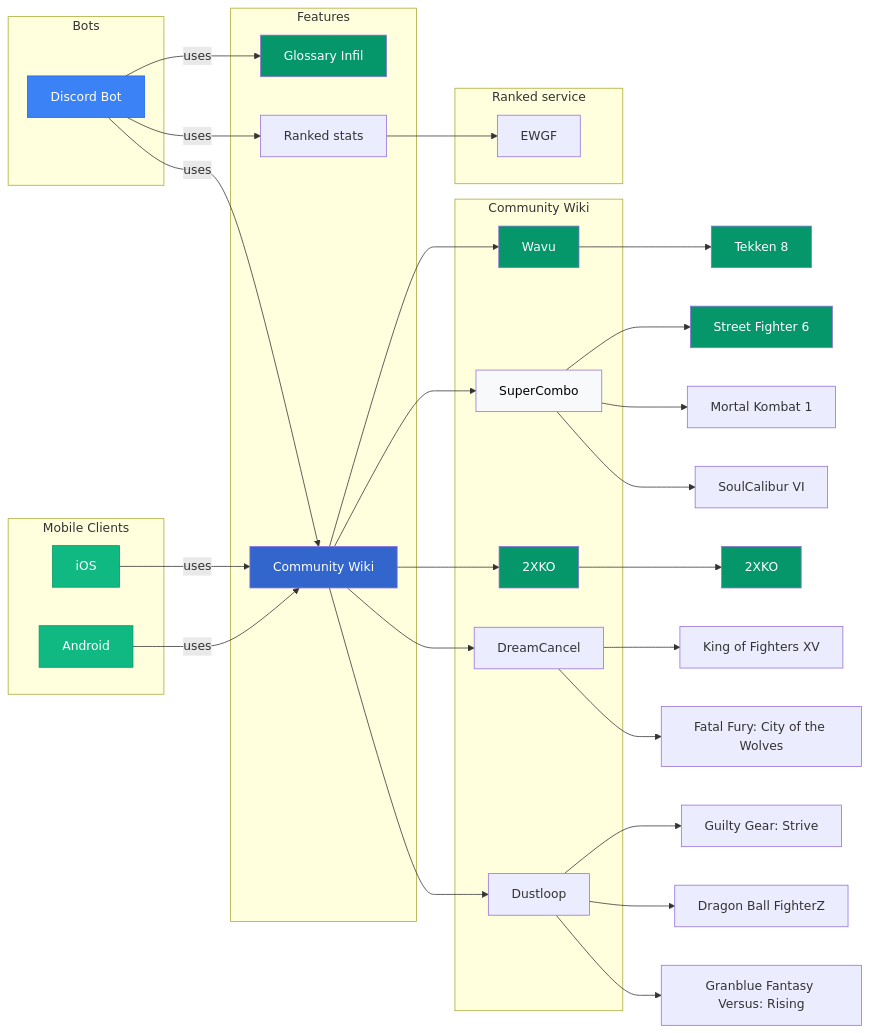
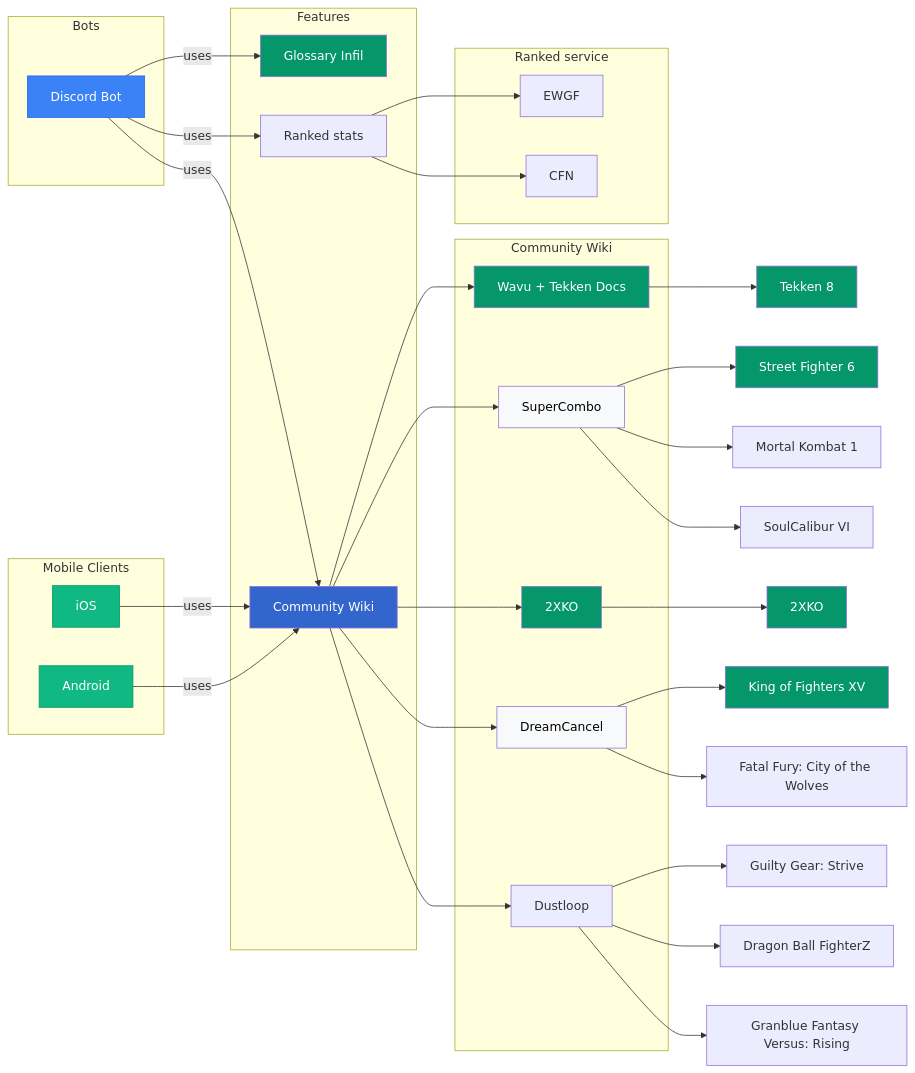
Before and after one commit to Sophon/FightingNerd: the diagram in mermaid/modules.mmd, drawn with Mermaid. The commit also changed 144 other files, not shown here.

```diff
--- a/mermaid/modules.mmd
+++ b/mermaid/modules.mmd
@@ -1,66 +1,70 @@
 graph LR
     subgraph Bots
         discordBot[Discord Bot]
     end
 
     subgraph "Mobile Clients"
         android[Android]
         iOS[iOS]
     end
 
     subgraph Features
         glossaryInfil[Glossary Infil]
         communityWiki[Community Wiki]
         elo[Ranked stats]
     end
 
     subgraph Community Wiki
-        wikiWavu[Wavu]
+        wikiWavu[Wavu + Tekken Docs]
         supercombo[SuperCombo]
         2xko[2XKO]
         dustloop[Dustloop]
         dreamcancel[DreamCancel]
     end
 
     subgraph Ranked service
         ewgf[EWGF]
+        cfn[CFN]
     end
 
     android -->|uses| communityWiki
     iOS -->|uses| communityWiki
 
     discordBot -->|uses| glossaryInfil
     discordBot -->|uses| communityWiki
     discordBot -->|uses| elo
 
     communityWiki --> wikiWavu
     communityWiki --> supercombo
     communityWiki --> 2xko
     communityWiki --> dreamcancel
     communityWiki --> dustloop
 
     elo --> ewgf
+    elo --> cfn
 
     wikiWavu --> t8[Tekken 8]
     supercombo --> sf6[Street Fighter 6]
     supercombo --> mk1[Mortal Kombat 1]
     supercombo --> sc6[SoulCalibur VI]
     dustloop --> ggst[Guilty Gear: Strive]
     dustloop --> dbfz[Dragon Ball FighterZ]
     dustloop --> gbvsr[Granblue Fantasy Versus: Rising]
     2xko --> xko[2XKO]
     dreamcancel --> kof15[King of Fighters XV]
     dreamcancel --> cotw[Fatal Fury: City of the Wolves]
 
 
     style discordBot fill:#3B82F6,stroke:#2563EB,color:#fff
     style android fill:#10B981,stroke:#059669,color:#fff
     style iOS fill:#10B981,stroke:#059669,color:#fff
     style glossaryInfil fill:#059669,color:#fff
     style communityWiki fill:#3366CC,color:#fff
     style wikiWavu fill:#059669,color:#fff
     style supercombo fill:#F8F9FA,color:#000000
+    style dreamcancel fill:#F8F9FA,color:#000000
     style 2xko fill:#059669,color:#fff
     style t8 fill:#059669, color:#fff
     style sf6 fill:#059669, color:#fff
     style xko fill:#059669, color:#fff
+    style kof15 fill:#059669,color:#fff
```
